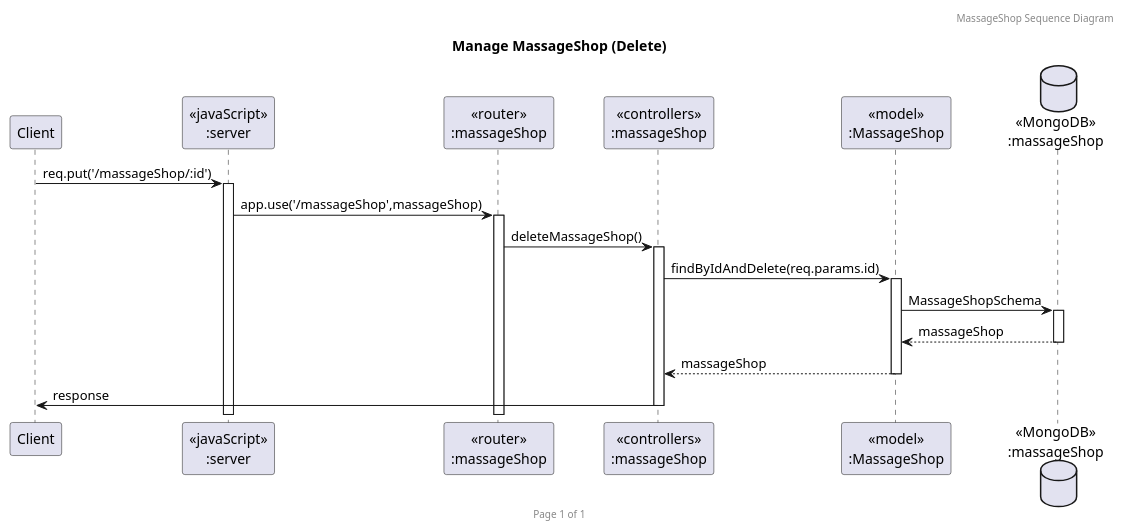
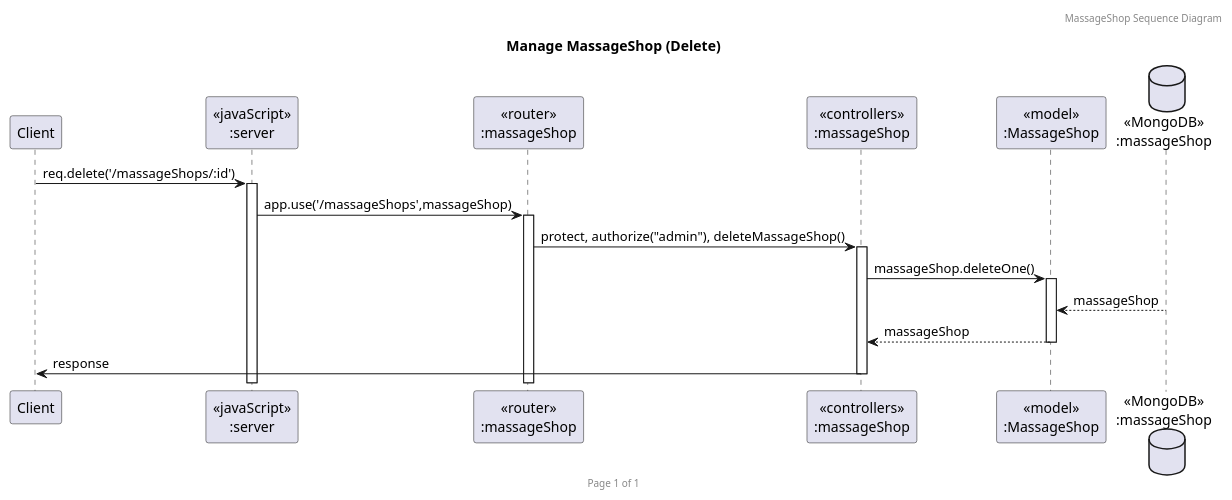
One commit to 2110503TACEDT66/presentation-day-1-kalaeksi-phloeng-rachan changed the diagram in uml/SequenceDiagram/MassageShop/delete.puml. Above: the diagram before and after it, drawn with PlantUML. The commit also changed 9 other files, not shown here.

Commit message:
fix uml diagram

```diff
--- a/uml/SequenceDiagram/MassageShop/delete.puml
+++ b/uml/SequenceDiagram/MassageShop/delete.puml
@@ -1,27 +1,26 @@
 @startuml Manage MassageShop (Delete)
 
 
 header MassageShop Sequence Diagram
 footer Page %page% of %lastpage%
 title "Manage MassageShop (Delete)"
 
 
 participant "Client" as client
 participant "<<javaScript>>\n:server" as server
 participant "<<router>>\n:massageShop" as routerMassageShops
 participant "<<controllers>>\n:massageShop" as controllersMassageShops
 participant "<<model>>\n:MassageShop" as modelMassageShop
 database "<<MongoDB>>\n:massageShop" as MassageShopsDatabase
 
 
-client->server ++:req.put('/massageShop/:id')
-server->routerMassageShops ++:app.use('/massageShop',massageShop)
-routerMassageShops -> controllersMassageShops ++:deleteMassageShop()
-controllersMassageShops->modelMassageShop ++:findByIdAndDelete(req.params.id)
-modelMassageShop ->MassageShopsDatabase ++: MassageShopSchema
+client->server ++:req.delete('/massageShops/:id')
+server->routerMassageShops ++:app.use('/massageShops',massageShop)
+routerMassageShops -> controllersMassageShops ++:protect, authorize("admin"), deleteMassageShop()
+controllersMassageShops->modelMassageShop ++:massageShop.deleteOne()
 MassageShopsDatabase --> modelMassageShop --: massageShop
 controllersMassageShops <-- modelMassageShop --:massageShop
 controllersMassageShops->client --:response
 
 
 @enduml
```
